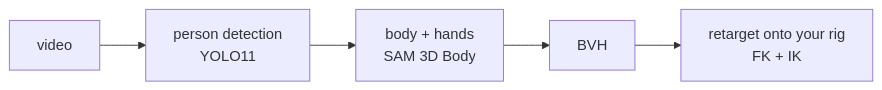
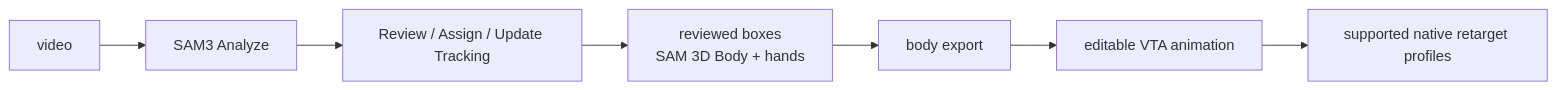
The diagram in README.md (dsguffey/BlendCap-Assisted-MultiPerson), drawn with Mermaid before and after one commit. The commit also changed other lines of this file and 48 other files, not shown here.

````diff
--- a/README.md
+++ b/README.md
@@ -112,5 +122,6 @@
 ```mermaid
 flowchart LR
-    V1[video] --> Y[person detection<br/>YOLO11] --> S[body + hands<br/>SAM 3D Body] --> BVH[BVH]
-    BVH --> R[retarget onto your rig<br/>FK + IK]
+    V1[video] --> A[SAM3 Analyze] --> U[Review / Assign / Update Tracking]
+    U --> S[reviewed boxes<br/>SAM 3D Body + hands] --> BVH[body export]
+    BVH --> E[editable VTA animation] --> R[supported native retarget profiles]
 ```
````
